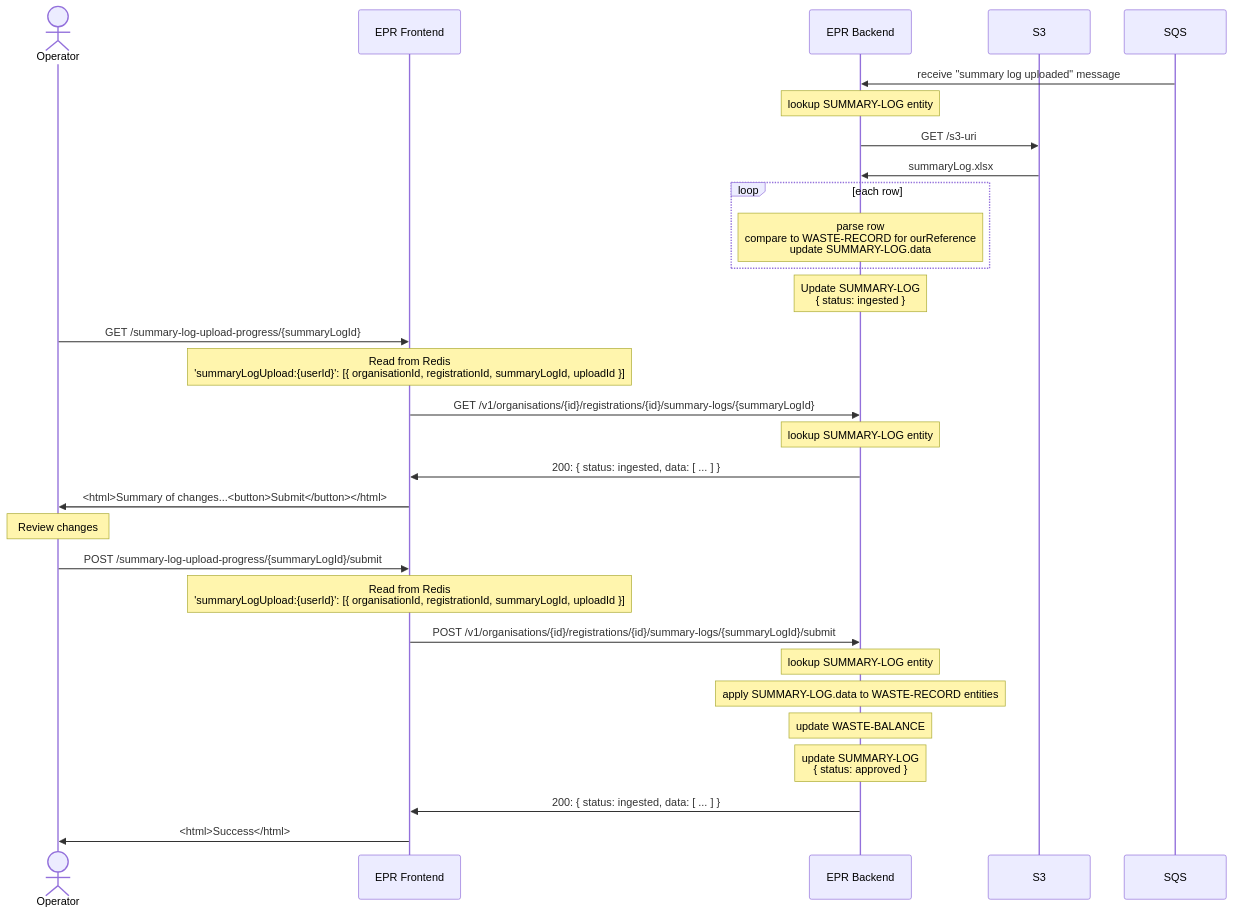
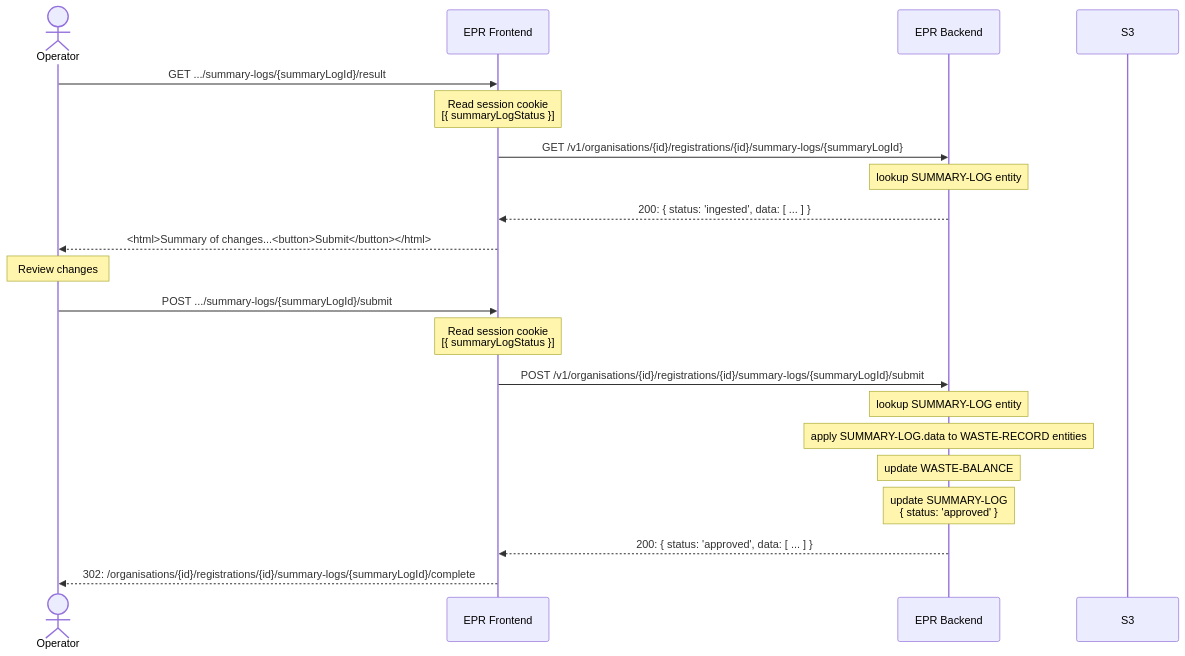
The third of 3 diagrams in docs/architecture/discovery/pepr-lld.md (DEFRA/epr-backend), drawn with Mermaid before and after one commit. The commit also changed other lines of this file, not shown here.

Commit message:
PAE-234: add further detail to the Summary Log Upload sequence diagram based on CDP Uploader findings

````diff
--- a/docs/architecture/discovery/pepr-lld.md
+++ b/docs/architecture/discovery/pepr-lld.md
@@ -574,37 +589,27 @@
 ```mermaid
 sequenceDiagram
   actor Op as Operator
   participant Frontend as EPR Frontend
   participant Backend as EPR Backend
   participant S3
-  participant SQS
 
 
-  SQS->>Backend: receive "summary log uploaded" message
-  Note over Backend: lookup SUMMARY-LOG entity
-  Backend->>S3: GET /s3-uri
-  S3->>Backend: summaryLog.xlsx
-  loop each row
-    Note over Backend: parse row<br>compare to WASTE-RECORD for ourReference<br>update SUMMARY-LOG.data
-  end
-  Note over Backend: Update SUMMARY-LOG<br>{ status: ingested }
-
-  Op->>Frontend: GET /summary-log-upload-progress/{summaryLogId}
-  Note over Frontend: Read from Redis<br>'summaryLogUpload:{userId}': [{ organisationId, registrationId, summaryLogId, uploadId }]
+  Op->>Frontend: GET .../summary-logs/{summaryLogId}/result
+  Note over Frontend: Read session cookie<br>[{ summaryLogStatus }]
   Frontend->>Backend: GET /v1/organisations/{id}/registrations/{id}/summary-logs/{summaryLogId}
   Note over Backend: lookup SUMMARY-LOG entity
-  Backend->>Frontend: 200: { status: ingested, data: [ ... ] }
-  Frontend->>Op: <html>Summary of changes...<button>Submit</button></html>
+  Backend-->>Frontend: 200: { status: 'ingested', data: [ ... ] }
+  Frontend-->>Op: <html>Summary of changes...<button>Submit</button></html>
 
   Note over Op: Review changes
 
-  Op->>Frontend: POST /summary-log-upload-progress/{summaryLogId}/submit
-  Note over Frontend: Read from Redis<br>'summaryLogUpload:{userId}': [{ organisationId, registrationId, summaryLogId, uploadId }]
+  Op->>Frontend: POST .../summary-logs/{summaryLogId}/submit
+  Note over Frontend: Read session cookie<br>[{ summaryLogStatus }]
   Frontend->>Backend: POST /v1/organisations/{id}/registrations/{id}/summary-logs/{summaryLogId}/submit
   Note over Backend: lookup SUMMARY-LOG entity
   Note over Backend: apply SUMMARY-LOG.data to WASTE-RECORD entities
   Note over Backend: update WASTE-BALANCE
-  Note over Backend: update SUMMARY-LOG<br>{ status: approved }
-  Backend->>Frontend: 200: { status: ingested, data: [ ... ] }
-  Frontend->>Op: <html>Success</html>
+  Note over Backend: update SUMMARY-LOG<br>{ status: 'approved' }
+  Backend-->>Frontend: 200: { status: 'approved', data: [ ... ] }
+  Frontend-->>Op: 302: /organisations/{id}/registrations/{id}/summary-logs/{summaryLogId}/complete
 ```
````
